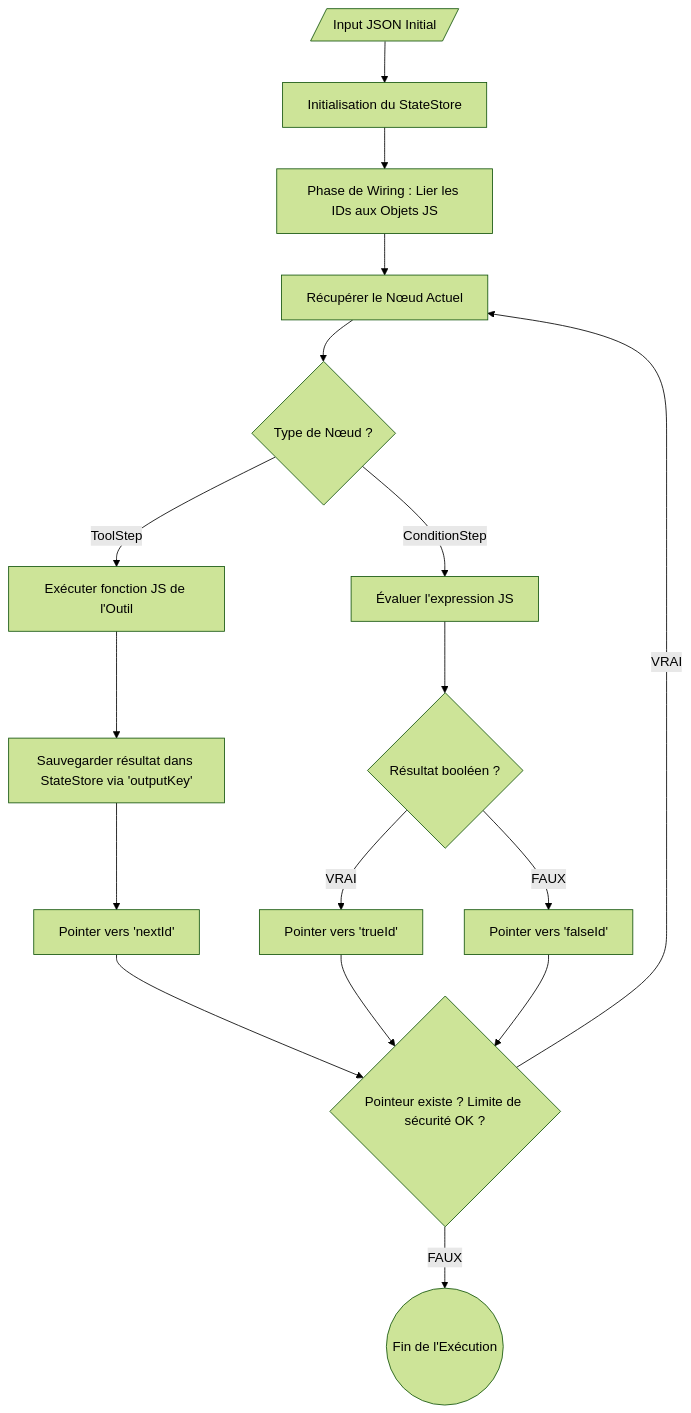
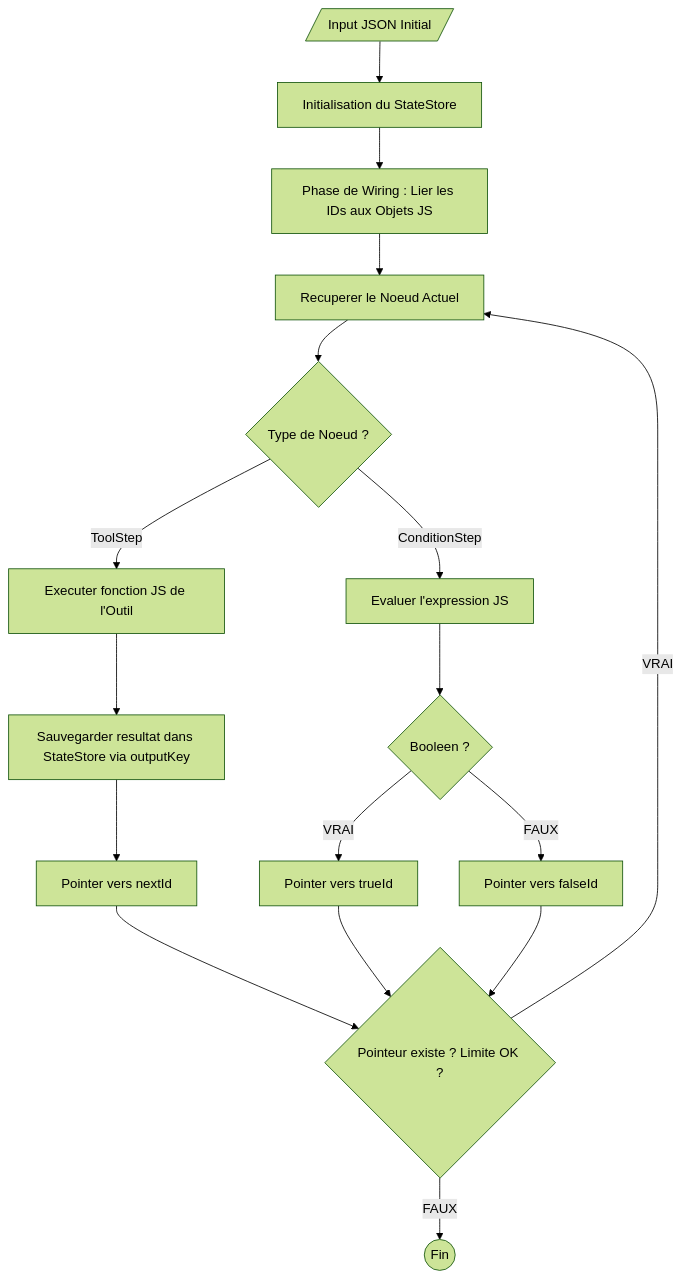
One commit to fanama/agentic-chain changed the second of 3 diagrams in README.md. Above: the diagram before and after it, drawn with Mermaid (forest theme). The commit also changed other lines of this file and 30 other files, not shown here.

````diff
--- a/README.md
+++ b/README.md
@@ -128,28 +119,25 @@
 ```mermaid
 graph TD
     A[/Input JSON Initial/] --> Init[Initialisation du StateStore]
     Init --> Compiler[Phase de Wiring : Lier les IDs aux Objets JS]
-    Compiler --> Fetch[Récupérer le Nœud Actuel]
+    Compiler --> Fetch[Recuperer le Noeud Actuel]
 
-    Fetch --> CheckType{Type de Nœud ?}
+    Fetch --> CheckType{Type de Noeud ?}
 
-    %% Cas 1 : Tool
-    CheckType -- "ToolStep" --> ExecTool[Exécuter fonction JS de l'Outil]
-    ExecTool --> SaveState[Sauvegarder résultat dans StateStore via 'outputKey']
-    SaveState --> RouteTool[Pointer vers 'nextId']
+    CheckType -- "ToolStep" --> ExecTool[Executer fonction JS de l'Outil]
+    ExecTool --> SaveState[Sauvegarder resultat dans StateStore via outputKey]
+    SaveState --> RouteTool[Pointer vers nextId]
 
-    %% Cas 2 : Condition
-    CheckType -- "ConditionStep" --> EvalCond[Évaluer l'expression JS]
-    EvalCond --> IsCondTrue{Résultat booléen ?}
-    IsCondTrue -- "VRAI" --> RouteTrue[Pointer vers 'trueId']
-    IsCondTrue -- "FAUX" --> RouteFalse[Pointer vers 'falseId']
+    CheckType -- "ConditionStep" --> EvalCond[Evaluer l'expression JS]
+    EvalCond --> IsCondTrue{Booleen ?}
+    IsCondTrue -- "VRAI" --> RouteTrue[Pointer vers trueId]
+    IsCondTrue -- "FAUX" --> RouteFalse[Pointer vers falseId]
 
-    %% Consolidation
     RouteTool --> NextNode
     RouteTrue --> NextNode
     RouteFalse --> NextNode
 
-    NextNode{Pointeur existe ? Limite de sécurité OK ?}
+    NextNode{Pointeur existe ? Limite OK ?}
     NextNode -- "VRAI" --> Fetch
-    NextNode -- "FAUX" --> End((Fin de l'Exécution))
+    NextNode -- "FAUX" --> End((Fin))
 ```
````
